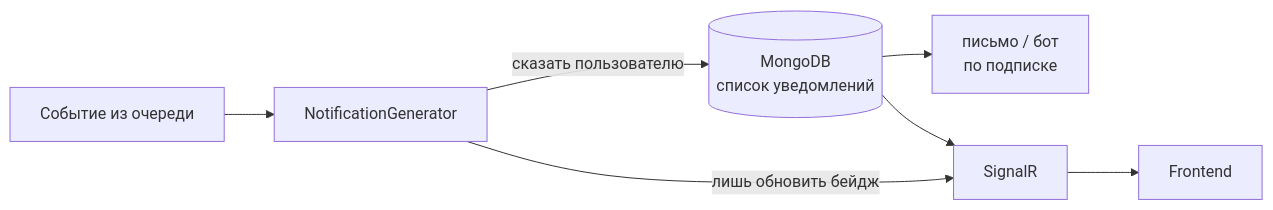
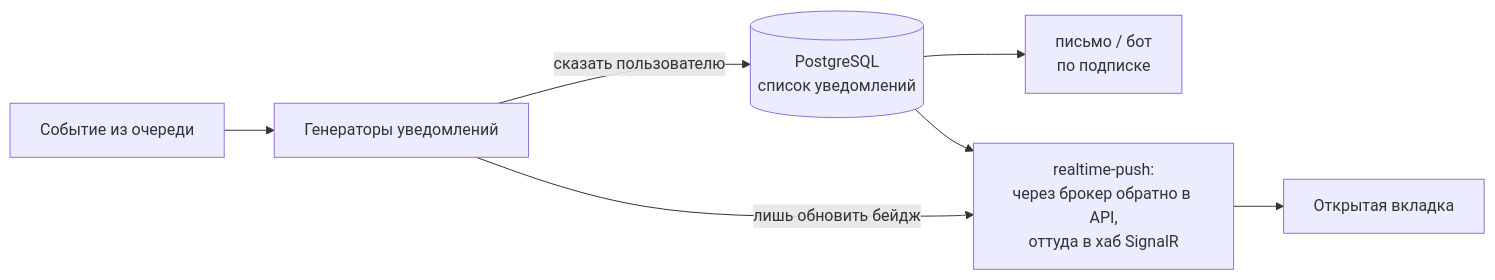
The third of 3 diagrams in docs/architecture/SYSTEM.md (dm-am/dm3), drawn with Mermaid before and after one commit. The commit also changed other lines of this file and 1646 other files, not shown here.

````diff
--- a/docs/architecture/SYSTEM.md
+++ b/docs/architecture/SYSTEM.md
@@ -194,9 +361,9 @@
 ```mermaid
 flowchart LR
-    ev["Событие из очереди"] --> gen["NotificationGenerator"]
-    gen -->|"сказать пользователю"| mongo[("MongoDB<br/>список уведомлений")]
-    mongo --> mail["письмо / бот<br/>по подписке"]
-    mongo --> push["SignalR"]
+    ev["Событие из очереди"] --> gen["Генераторы уведомлений"]
+    gen -->|"сказать пользователю"| pg[("PostgreSQL<br/>список уведомлений")]
+    pg --> mail["письмо / бот<br/>по подписке"]
+    pg --> push["realtime-push:<br/>через брокер обратно в API,<br/>оттуда в хаб SignalR"]
     gen -->|"лишь обновить бейдж"| push
-    push --> fe["Frontend"]
+    push --> fe["Открытая вкладка"]
 ```
````
